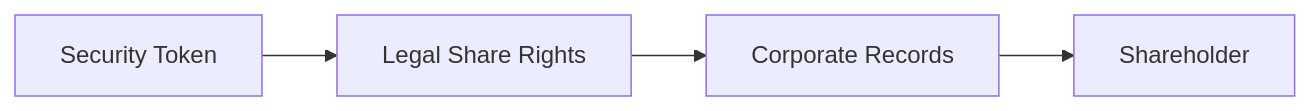
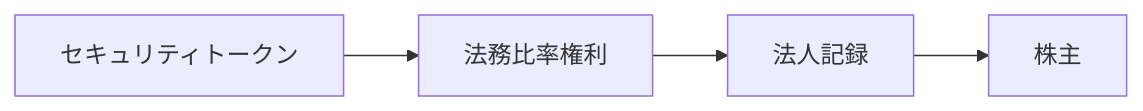
Before and after one commit to ShigeichiroYamasaki/creator-first-platform: diagram 17 of 45 in docs/whitepaper/11-legal-sto-tax.md, drawn with Mermaid. The commit also changed other lines of this file and 72 other files, not shown here.

````diff
--- a/docs/whitepaper/11-legal-sto-tax.md
+++ b/docs/whitepaper/11-legal-sto-tax.md
@@ -512,9 +512,9 @@
 ```mermaid
 flowchart LR
-    TOKEN[Security Token]
-    SHARE[Legal Share Rights]
-    REGISTER[Corporate Records]
-    HOLDER[Shareholder]
+    TOKEN[セキュリティトークン]
+    SHARE[法務比率権利]
+    REGISTER[法人記録]
+    HOLDER[株主]
 
     TOKEN --> SHARE --> REGISTER --> HOLDER
 ```
````
